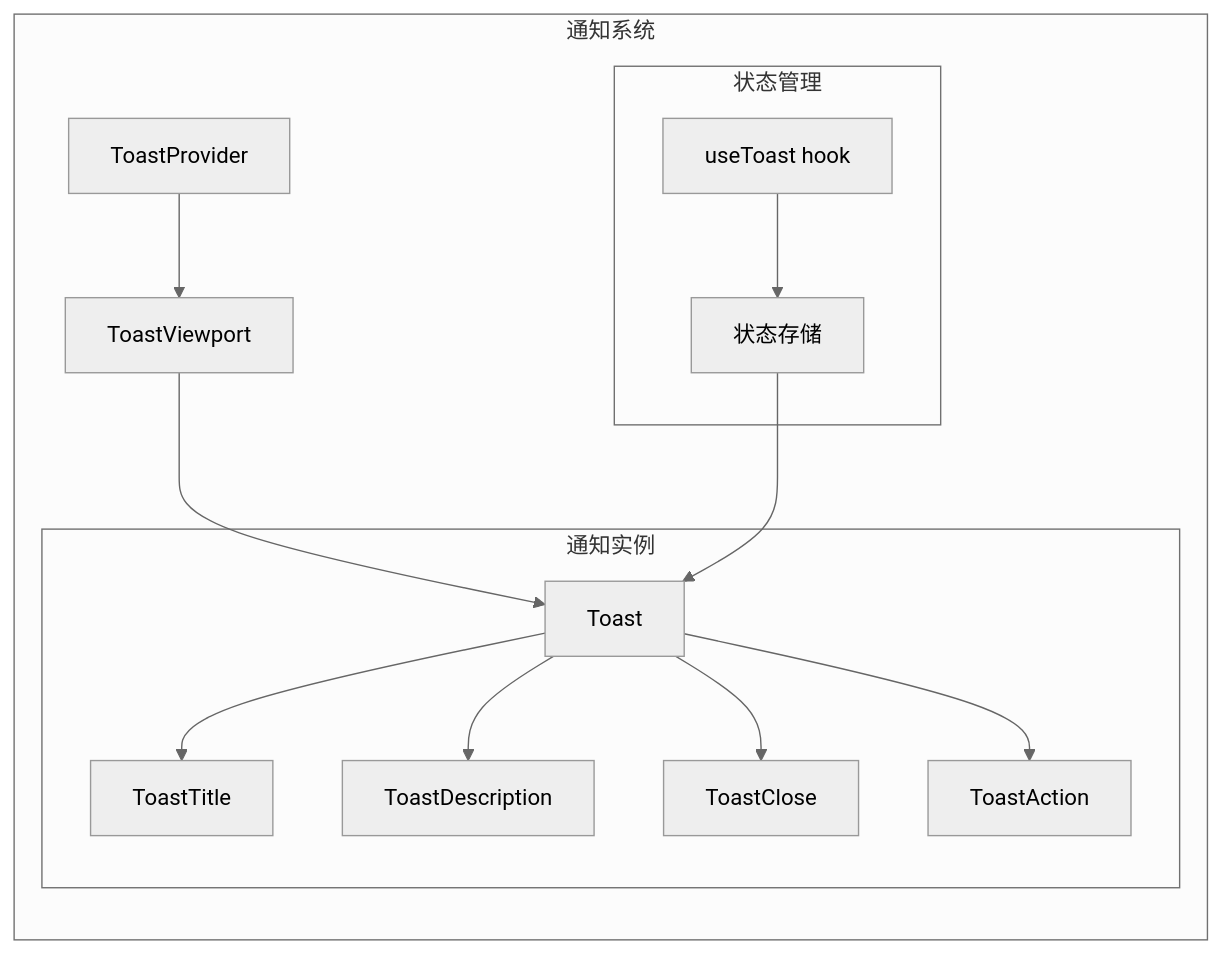
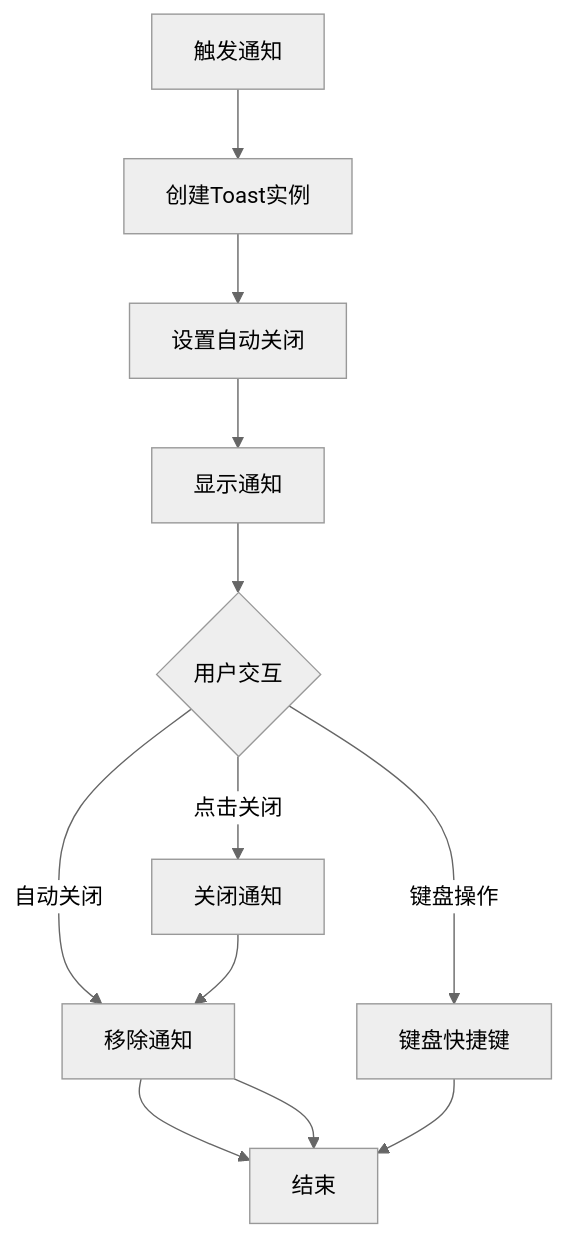
Before and after one commit to RadiumAg/bilibili-favorites: the fifth of 6 diagrams in .qoder/repowiki/zh/content/Accessibility Enhancements.md, drawn with Mermaid (neutral theme). The commit also changed other lines of this file and 21 other files, not shown here.

````diff
--- a/.qoder/repowiki/zh/content/Accessibility Enhancements.md
+++ b/.qoder/repowiki/zh/content/Accessibility Enhancements.md
@@ -417,26 +264,14 @@
 ```mermaid
-graph LR
-subgraph "通知系统"
-Provider[ToastProvider]
-Viewport[ToastViewport]
-subgraph "通知实例"
-Toast[Toast]
-Title[ToastTitle]
-Description[ToastDescription]
-Close[ToastClose]
-Action[ToastAction]
-end
-subgraph "状态管理"
-Hook[useToast hook]
-Store[状态存储]
-end
-end
-Provider --> Viewport
-Viewport --> Toast
-Toast --> Title
-Toast --> Description
-Toast --> Close
-Toast --> Action
-Hook --> Store
-Store --> Toast
+flowchart TD
+Start[触发通知] --> CreateToast[创建Toast实例]
+CreateToast --> SetTimeout[设置自动关闭]
+SetTimeout --> ShowToast[显示通知]
+ShowToast --> UserInteraction{用户交互}
+UserInteraction --> |点击关闭| DismissToast[关闭通知]
+UserInteraction --> |自动关闭| RemoveToast[移除通知]
+UserInteraction --> |键盘操作| KeyboardAction[键盘快捷键]
+DismissToast --> RemoveToast
+RemoveToast --> End[结束]
+RemoveToast --> End
+KeyboardAction --> End
 ```
````
